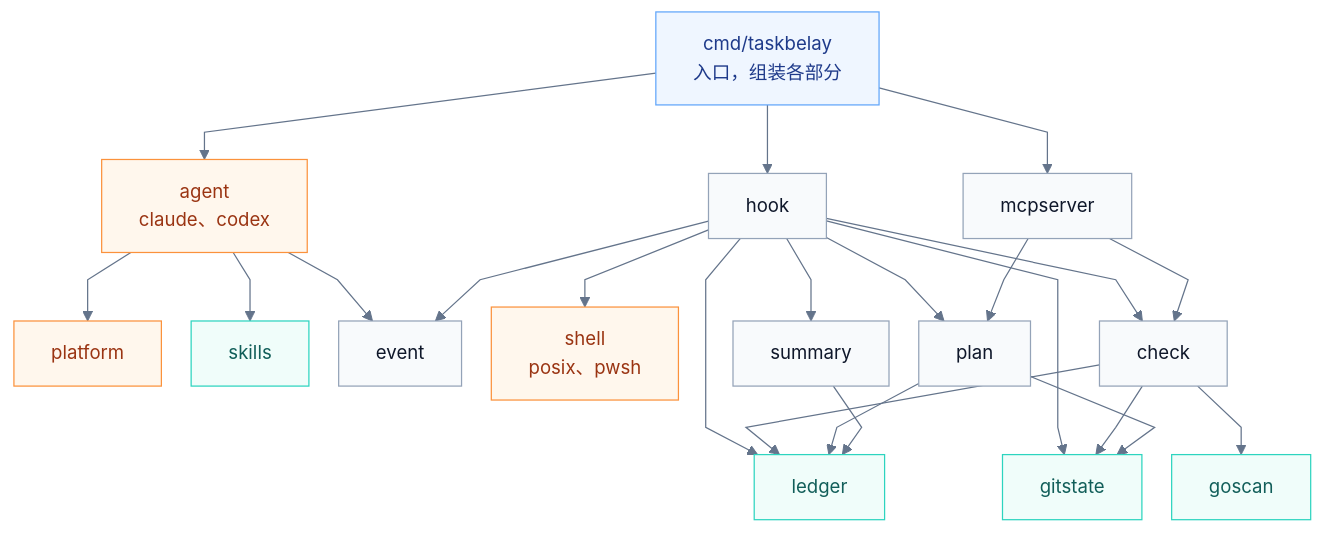
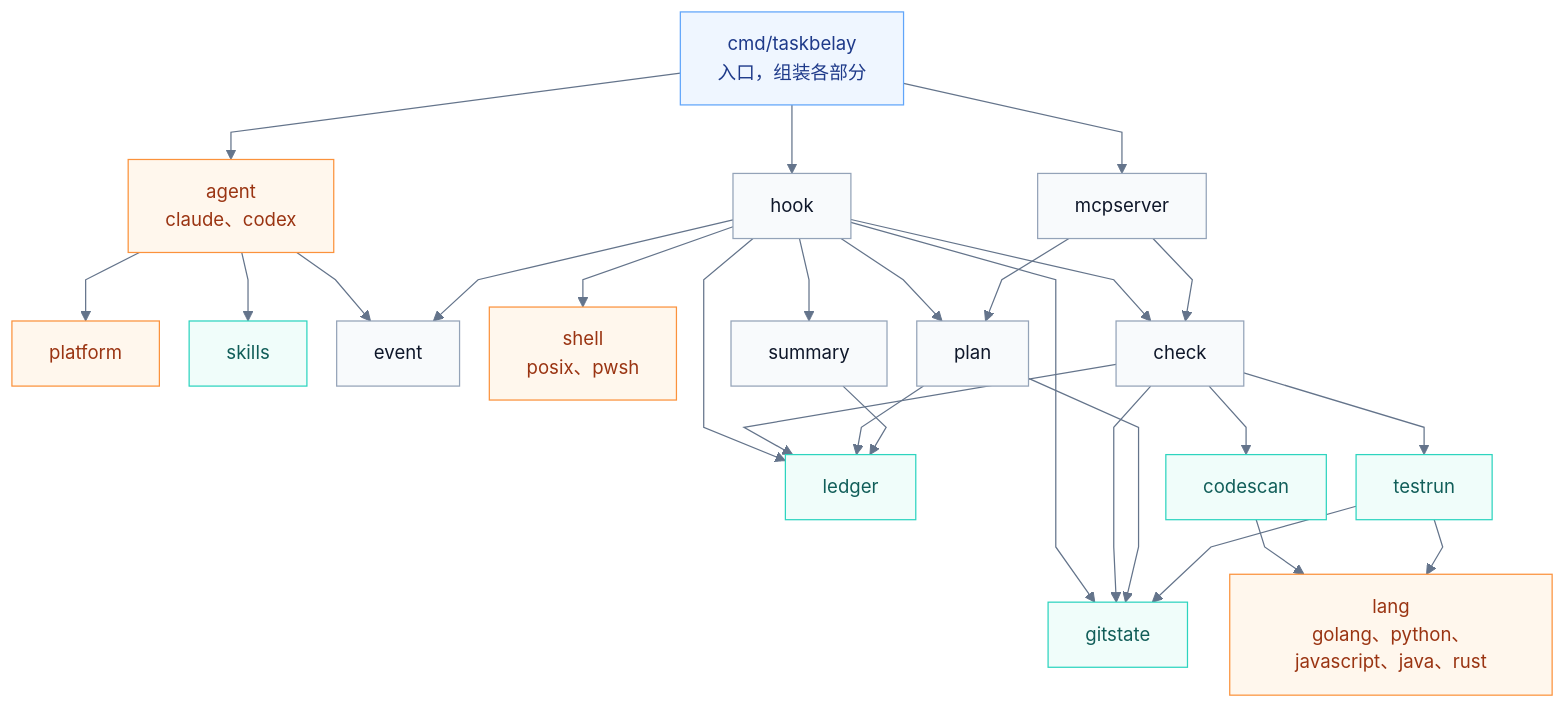
One commit to Innocent-children/TaskBelay changed the second of 3 diagrams in docs/product-architecture.md. Above: the diagram before and after it, drawn with Mermaid. The commit also changed other lines of this file and 46 other files, not shown here.

````diff
--- a/docs/product-architecture.md
+++ b/docs/product-architecture.md
@@ -96,38 +105,42 @@
 ```mermaid
 %%{init: {"theme": "base", "themeVariables": {"fontFamily": "PingFang SC, Microsoft YaHei, sans-serif", "fontSize": "15px", "edgeLabelBackground": "#ffffff", "lineColor": "#64748b"}, "flowchart": {"curve": "linear", "nodeSpacing": 24, "rankSpacing": 44}}}%%
 flowchart TB
     CMD["cmd/taskbelay<br/>入口，组装各部分"]
 
     CMD --> AGENT["agent<br/>claude、codex"]
     CMD --> HOOK["hook"]
     CMD --> MCPS["mcpserver"]
 
     AGENT --> PLATFORM["platform"]
     AGENT --> SKILLS["skills"]
     AGENT --> EVENT["event"]
     HOOK --> EVENT
     HOOK --> LEDGER
     HOOK --> GITSTATE
     HOOK --> SHELL["shell<br/>posix、pwsh"]
     HOOK --> CHECK["check"]
     HOOK --> PLAN["plan"]
     HOOK --> SUMMARY["summary"]
     MCPS --> CHECK
     MCPS --> PLAN
 
-    CHECK --> GOSCAN["goscan"]
+    CHECK --> CODESCAN["codescan"]
+    CHECK --> TESTRUN["testrun"]
     CHECK --> GITSTATE["gitstate"]
     CHECK --> LEDGER["ledger"]
     PLAN --> GITSTATE
     PLAN --> LEDGER
     SUMMARY --> LEDGER
+    CODESCAN --> LANG["lang<br/>golang、python、javascript、java、rust"]
+    TESTRUN --> LANG
+    TESTRUN --> GITSTATE
 
     classDef entry fill:#eff6ff,stroke:#60a5fa,color:#1e3a8a;
     classDef diff fill:#fff7ed,stroke:#fb923c,color:#9a3412;
     classDef logic fill:#f8fafc,stroke:#94a3b8,color:#0f172a;
     classDef data fill:#f0fdfa,stroke:#2dd4bf,color:#115e59;
     class CMD entry;
-    class AGENT,PLATFORM,SHELL diff;
+    class AGENT,PLATFORM,SHELL,LANG diff;
     class EVENT,HOOK,MCPS,CHECK,PLAN,SUMMARY logic;
-    class GOSCAN,GITSTATE,LEDGER,SKILLS data;
+    class CODESCAN,TESTRUN,GITSTATE,LEDGER,SKILLS data;
 ```
````
